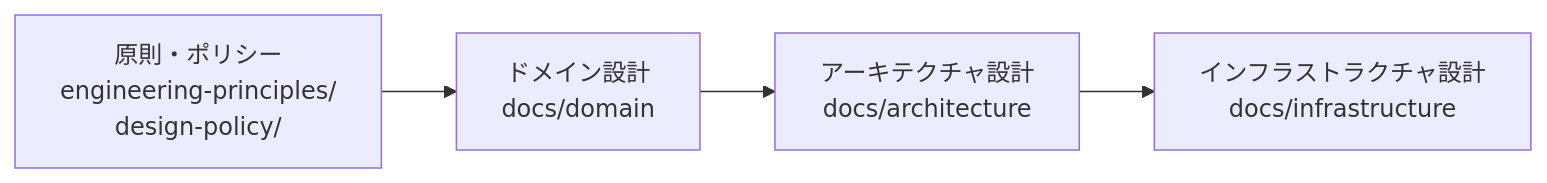
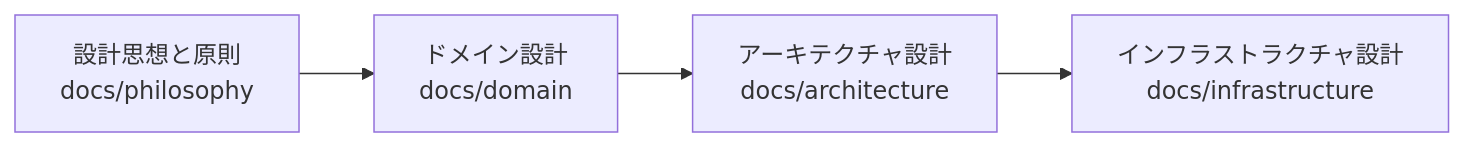
The second of 2 diagrams in README.md (ojiverse/datawarehouse), drawn with Mermaid before and after one commit. The commit also changed other lines of this file and 20 other files, not shown here.

First line of the commit message:
docs(philosophy): consolidate principles and policies into structured philosophy hierarchy

````diff
--- a/README.md
+++ b/README.md
@@ -49,6 +49,6 @@
 ```mermaid
 flowchart LR
-    Principles[原則・ポリシー<br>engineering-principles/<br>design-policy/] --> Domain[ドメイン設計<br>docs/domain]
+    Philosophy[設計思想と原則<br>docs/philosophy] --> Domain[ドメイン設計<br>docs/domain]
     Domain --> Arch[アーキテクチャ設計<br>docs/architecture]
     Arch --> Infra[インフラストラクチャ設計<br>docs/infrastructure]
 ```
````
